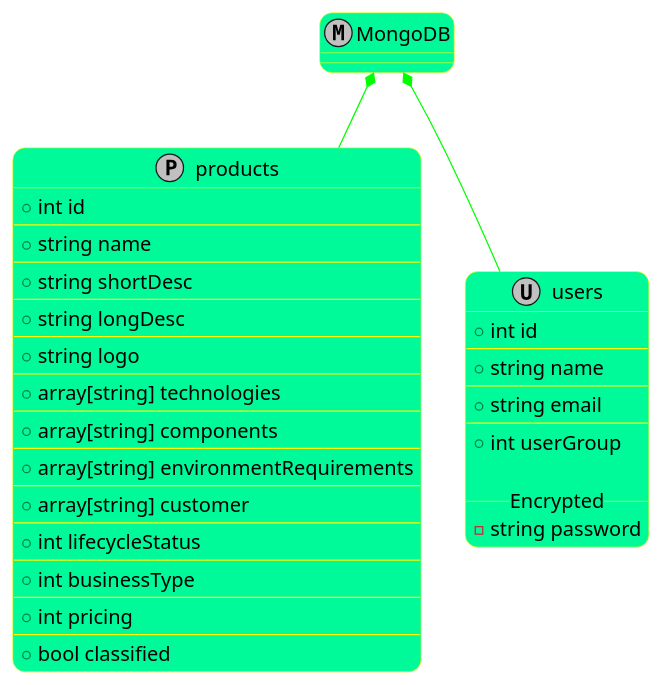
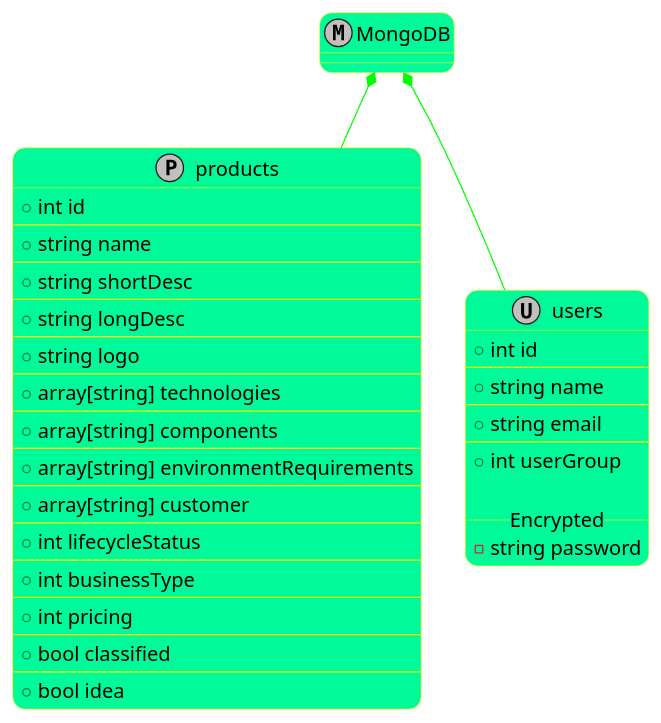
The eighth of 8 diagrams in dokumentit/02-vaatimusmaarittely/vaatimusmaarittely.md (martimik/TuHlaRi-core), drawn with PlantUML before and after one commit.

````diff
--- a/dokumentit/02-vaatimusmaarittely/vaatimusmaarittely.md
+++ b/dokumentit/02-vaatimusmaarittely/vaatimusmaarittely.md
@@ -431,69 +431,71 @@
 ```plantuml
 skinparam roundcorner 20
 skinparam sequence {
 	ArrowColor GreenYellow
 	ActorBorderColor GreenYellow
 	ActorBackgroundColor SpringGreen
 	ActorFontColor Black
 	ActorFontSize 17
 	ActorFontName Aapex
 }
 
 skinparam class {
 	BackgroundColor MediumSpringGreen
 	BorderColor Yellow
 
 	ArrowColor Lime
 	ActorBorderColor black
 	ActorFontName Courier
 	FontSize 20
 	AttributeFontSize 16
 }
 
 MongoDB *-- products
 MongoDB *-- users
 
 class MongoDB << (M, Silver) >>
 
 class products << (P, Silver) >> {
  +int id
 --
  +string name
 --
  +string shortDesc
 --
  +string longDesc
 --
  +string logo
 --
  +array[string] technologies
 --
  +array[string] components
 --
  +array[string] environmentRequirements
 --
  +array[string] customer
 --
  +int lifecycleStatus
 --
  +int businessType
 --
  +int pricing
 --
  +bool classified
+--
+ +bool idea
 }
 
 class users << (U, Silver) >> {
   +int id
 --
   +string name
 --
   +string email
 --
   +int userGroup
 
 __ Encrypted __
   -string password
 }
 
 ```
````
